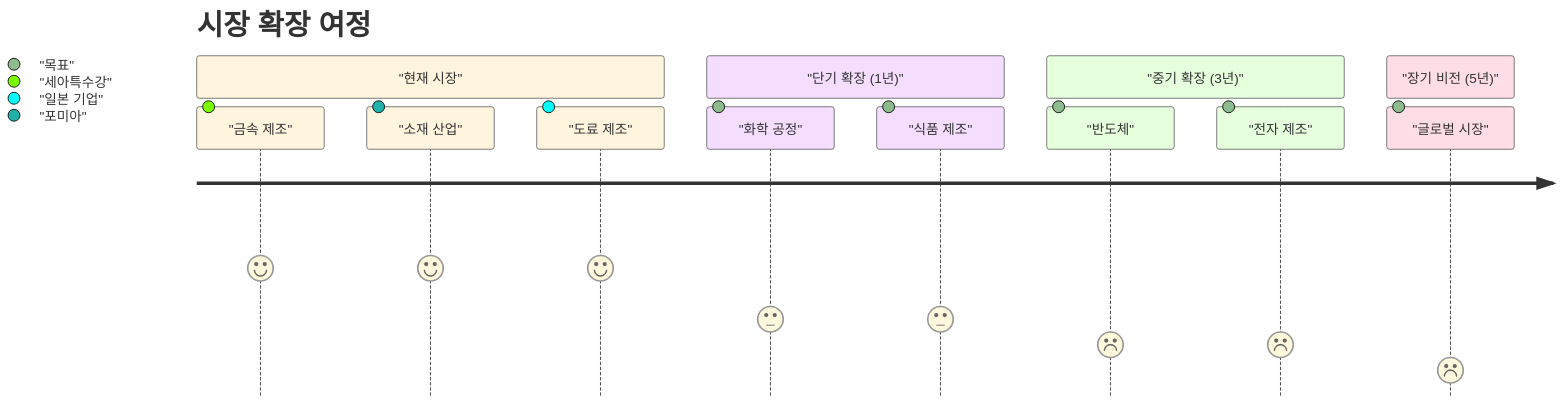
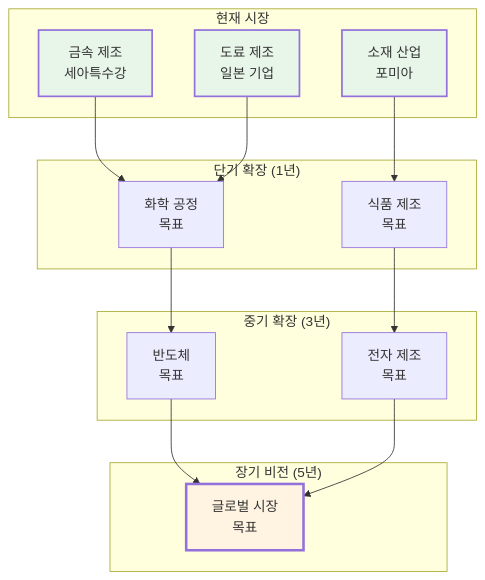
Before and after one commit to moobaek/Testing_AI_agents_for_public_use: diagram 11 of 12 in portfolio/portfolio_docs/Executive_Summary/04_Visual_Portfolio.md, drawn with Mermaid. The commit also changed other lines of this file and 16 other files, not shown here.

First line of the commit message:
포트폴리오 문서 업데이트: GS 인증 정보 수정, Mermaid 다이어그램 옵시디언 호환성 개선, 개인 프로필 추가

````diff
--- a/portfolio/portfolio_docs/Executive_Summary/04_Visual_Portfolio.md
+++ b/portfolio/portfolio_docs/Executive_Summary/04_Visual_Portfolio.md
@@ -297,17 +338,35 @@
 ```mermaid
-%%{init: {'theme':'base'}}%%
-journey
-    title 시장 확장 여정
-    section "현재 시장"
-      "금속 제조": 5: "세아특수강"
-      "소재 산업": 5: "포미아"
-      "도료 제조": 5: "일본 기업"
-    section "단기 확장 (1년)"
-      "화학 공정": 3: "목표"
-      "식품 제조": 3: "목표"
-    section "중기 확장 (3년)"
-      "반도체": 2: "목표"
-      "전자 제조": 2: "목표"
-    section "장기 비전 (5년)"
-      "글로벌 시장": 1: "목표"
+graph TD
+    subgraph "현재 시장"
+        C1["금속 제조<br/>세아특수강"]
+        C2["소재 산업<br/>포미아"]
+        C3["도료 제조<br/>일본 기업"]
+    end
+    
+    subgraph "단기 확장 (1년)"
+        S1["화학 공정<br/>목표"]
+        S2["식품 제조<br/>목표"]
+    end
+    
+    subgraph "중기 확장 (3년)"
+        M1["반도체<br/>목표"]
+        M2["전자 제조<br/>목표"]
+    end
+    
+    subgraph "장기 비전 (5년)"
+        L1["글로벌 시장<br/>목표"]
+    end
+    
+    C1 --> S1
+    C2 --> S2
+    C3 --> S1
+    S1 --> M1
+    S2 --> M2
+    M1 --> L1
+    M2 --> L1
+    
+    style C1 fill:#e8f5e9,stroke-width:2px
+    style C2 fill:#e8f5e9,stroke-width:2px
+    style C3 fill:#e8f5e9,stroke-width:2px
+    style L1 fill:#fff4e1,stroke-width:3px
 ```
````
